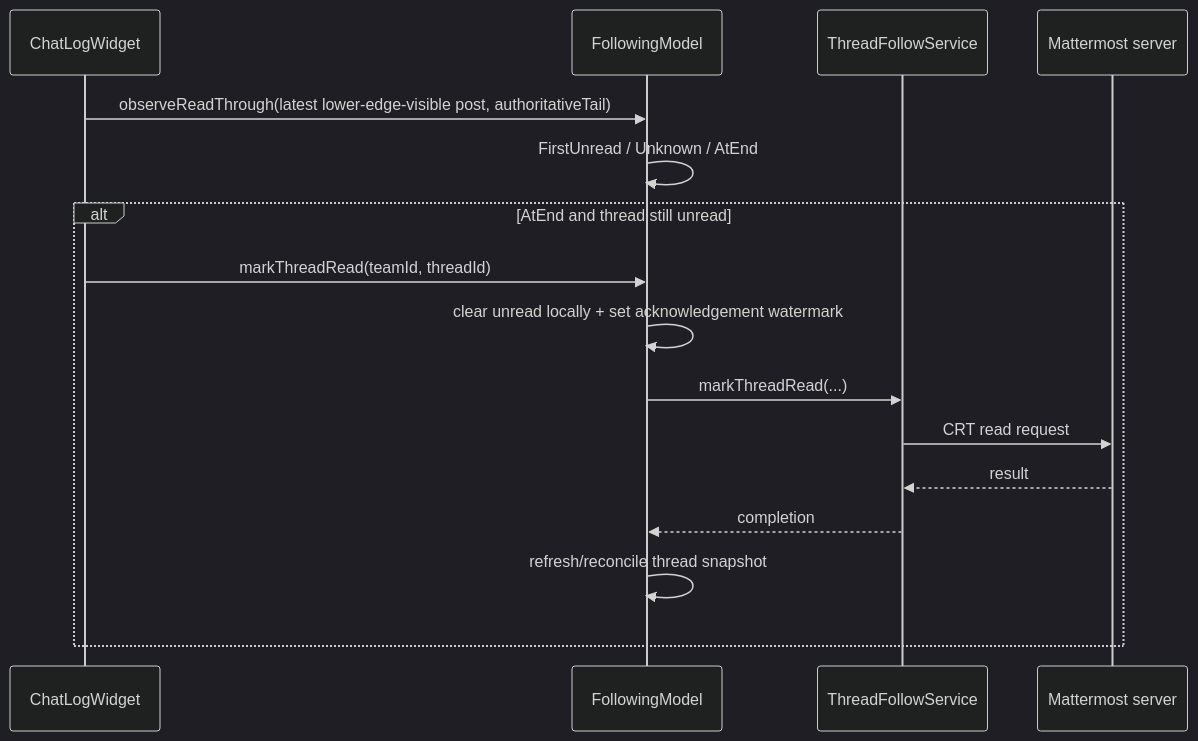
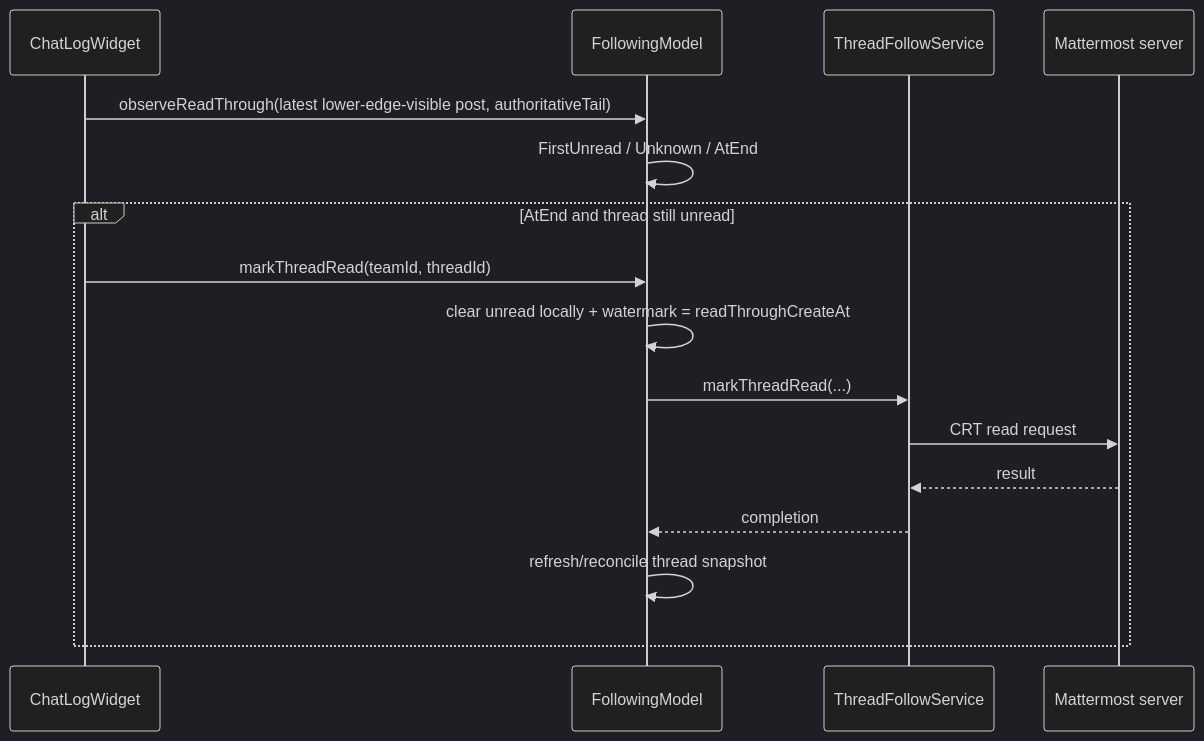
The fourth of 5 diagrams in docs/following-attention-read-tracking.md (Ri0n/mattermost-qt), drawn with Mermaid (dark theme) before and after one commit. The commit also changed other lines of this file, not shown here.

Commit message:
Document sticky-tail read tracking invariant

````diff
--- a/docs/following-attention-read-tracking.md
+++ b/docs/following-attention-read-tracking.md
@@ -168,19 +216,19 @@
 ```mermaid
 sequenceDiagram
     participant V as ChatLogWidget
     participant M as FollowingModel
     participant T as ThreadFollowService
     participant S as Mattermost server
 
     V->>M: observeReadThrough(latest lower-edge-visible post, authoritativeTail)
     M->>M: FirstUnread / Unknown / AtEnd
     alt AtEnd and thread still unread
         V->>M: markThreadRead(teamId, threadId)
-        M->>M: clear unread locally + set acknowledgement watermark
+        M->>M: clear unread locally + watermark = readThroughCreateAt
         M->>T: markThreadRead(...)
         T->>S: CRT read request
         S-->>T: result
         T-->>M: completion
         M->>M: refresh/reconcile thread snapshot
     end
 ```
````
